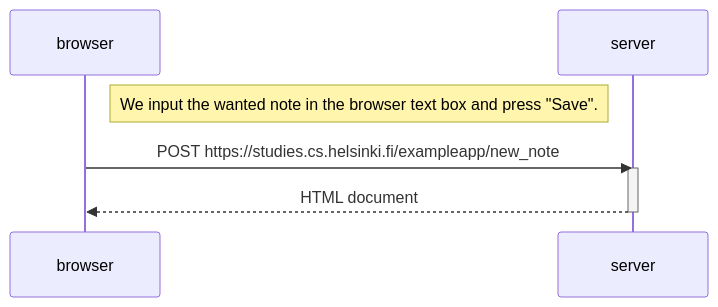
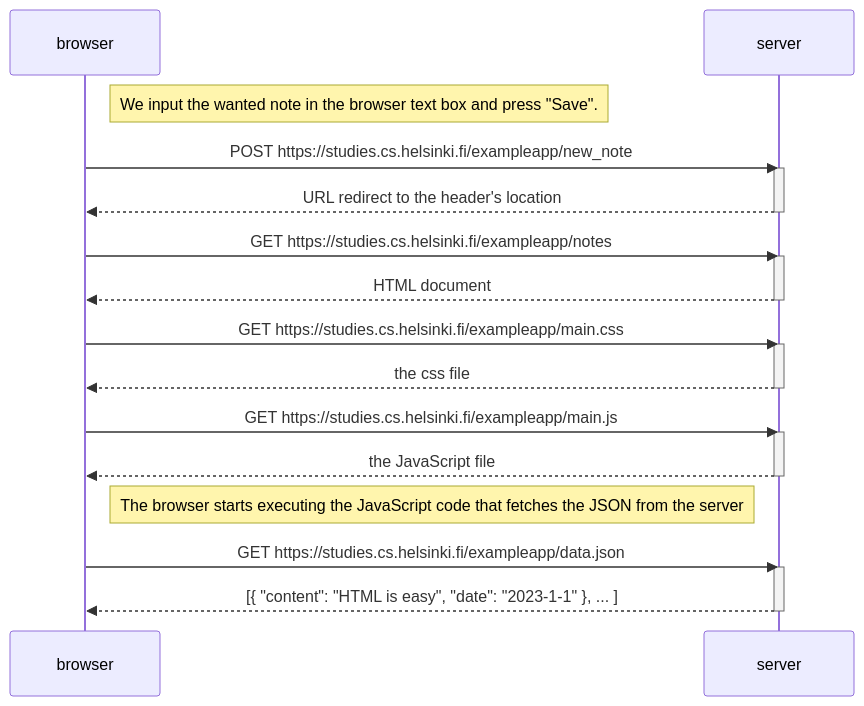
Before and after one commit to karlo-kormanic/Fullstack_open: the diagram in part 0/diagram.md, drawn with Mermaid.

Commit message:
expanded the diagram to include everything that happens post clicking on "Save" button

````diff
--- a/part 0/diagram.md
+++ b/part 0/diagram.md
@@ -1,12 +1,34 @@
 ```mermaid
   sequenceDiagram
     participant browser
     participant server
 
     Note right of browser: We input the wanted note in the browser text box and press "Save".
     
     browser->>server: POST https://studies.cs.helsinki.fi/exampleapp/new_note
     activate server
+    server-->>browser: URL redirect to the header's location
+    deactivate server
+
+    browser->>server: GET https://studies.cs.helsinki.fi/exampleapp/notes
+    activate server
     server-->>browser: HTML document
     deactivate server
+
+    browser->>server: GET https://studies.cs.helsinki.fi/exampleapp/main.css
+    activate server
+    server-->>browser: the css file
+    deactivate server
+
+    browser->>server: GET https://studies.cs.helsinki.fi/exampleapp/main.js
+    activate server
+    server-->>browser: the JavaScript file
+    deactivate server
+
+    Note right of browser: The browser starts executing the JavaScript code that fetches the JSON from the server
+
+    browser->>server: GET https://studies.cs.helsinki.fi/exampleapp/data.json
+    activate server
+    server-->>browser: [{ "content": "HTML is easy", "date": "2023-1-1" }, ... ]
+    deactivate server
 ```
````
